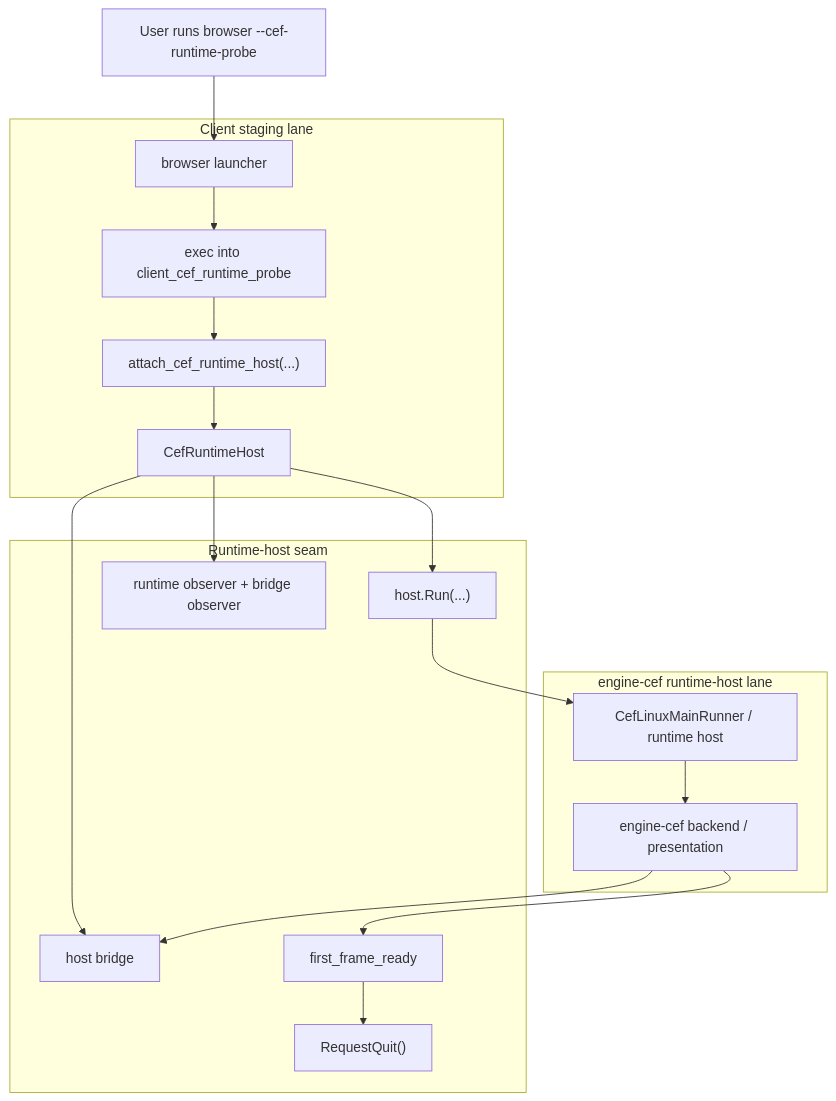
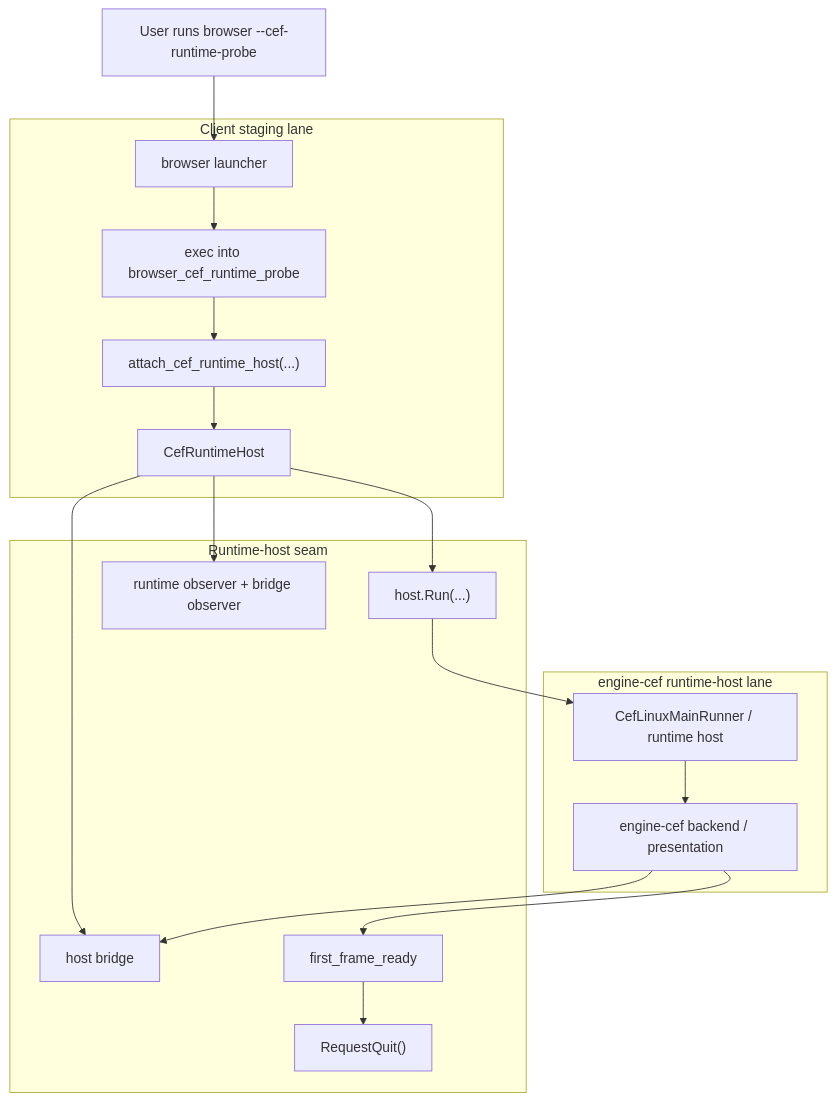
The fourth of 10 diagrams in docs/current-architecture-overview.md (dmtomczyk/bridge), drawn with Mermaid before and after one commit. The commit also changed other lines of this file and 25 other files, not shown here.

Commit message:
Record browser/core split and Windows runtime-host planning

````diff
--- a/docs/current-architecture-overview.md
+++ b/docs/current-architecture-overview.md
@@ -212,31 +212,31 @@
 ```mermaid
 flowchart TD
     USER["User runs browser --cef-runtime-probe"]
 
     subgraph CLIENT_STAGE["Client staging lane"]
         LAUNCH["browser launcher"]
-        DISPATCH["exec into client_cef_runtime_probe"]
+        DISPATCH["exec into browser_cef_runtime_probe"]
         ATTACH["attach_cef_runtime_host(...)"]
         HOST["CefRuntimeHost"]
     end
 
     subgraph HOST_RUNTIME["Runtime-host seam"]
         RUN["host.Run(...)"]
         BRIDGE["host bridge"]
         OBS["runtime observer + bridge observer"]
         READY["first_frame_ready"]
         QUIT["RequestQuit()"]
     end
 
     subgraph ENGINE_STAGE["engine-cef runtime-host lane"]
         RUNNER["CefLinuxMainRunner / runtime host"]
         BACKEND["engine-cef backend / presentation"]
     end
 
     USER --> LAUNCH --> DISPATCH --> ATTACH --> HOST --> RUN
     HOST --> BRIDGE
     HOST --> OBS
     RUN --> RUNNER --> BACKEND
     BACKEND --> BRIDGE
     BACKEND --> READY --> QUIT
 ```
````
